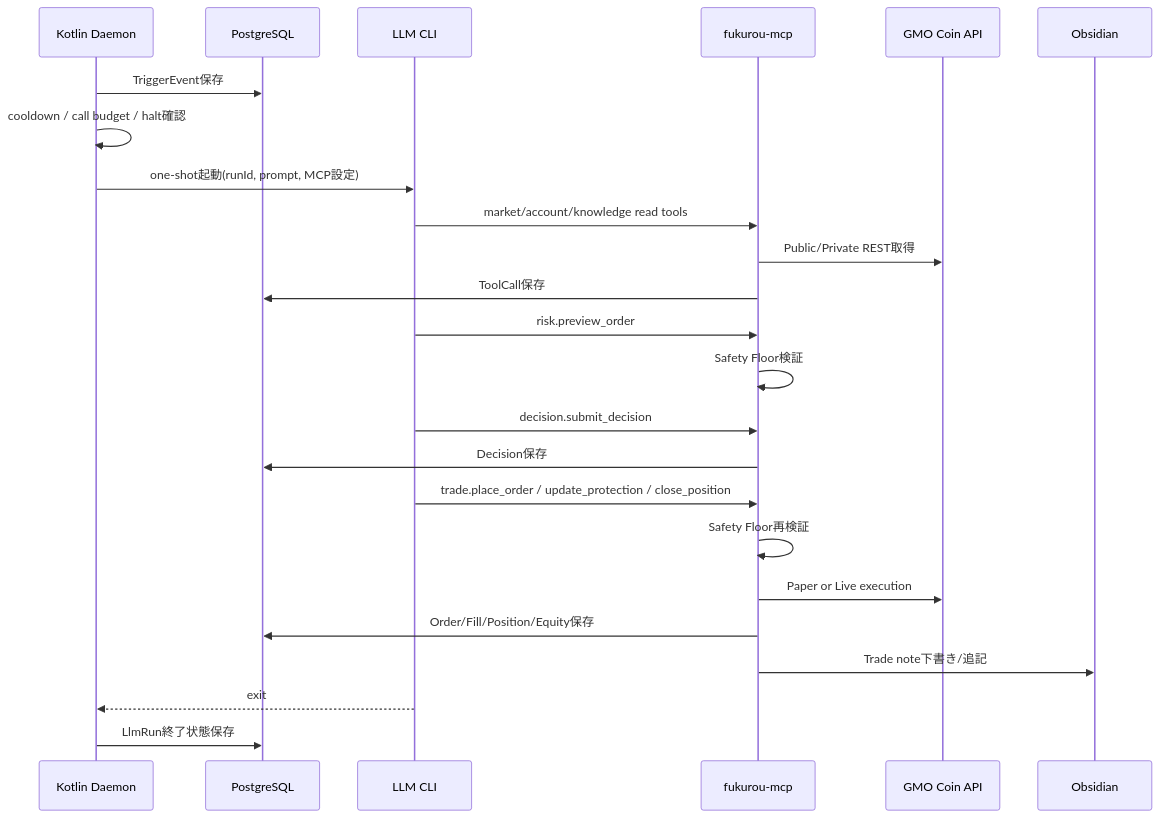
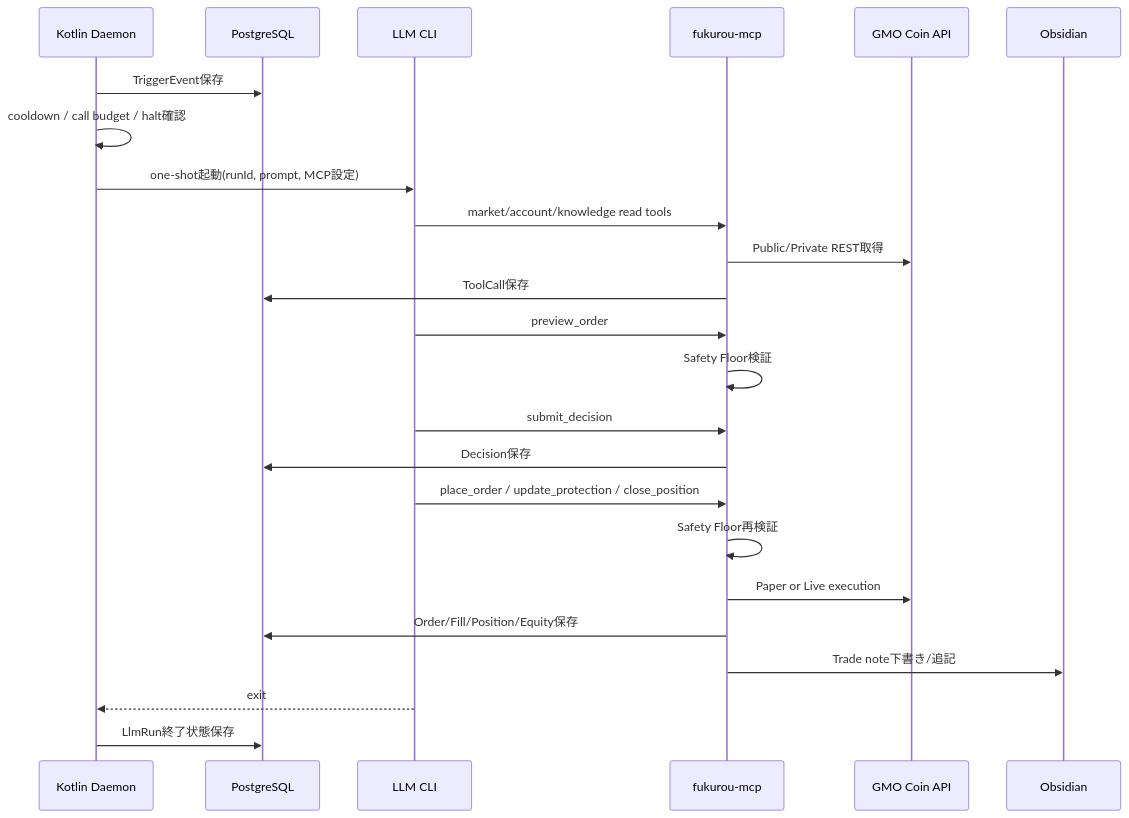
The second of 2 diagrams in docs/design.md (matsumo0922/fukurou), drawn with Mermaid before and after one commit. The commit also changed other lines of this file and 1 other file, not shown here.

````diff
--- a/docs/design.md
+++ b/docs/design.md
@@ -157,27 +157,27 @@
 ```mermaid
 sequenceDiagram
     participant D as Kotlin Daemon
     participant DB as PostgreSQL
     participant CLI as LLM CLI
     participant MCP as fukurou-mcp
     participant GMO as GMO Coin API
     participant OBS as Obsidian
 
     D->>DB: TriggerEvent保存
     D->>D: cooldown / call budget / halt確認
     D->>CLI: one-shot起動(runId, prompt, MCP設定)
     CLI->>MCP: market/account/knowledge read tools
     MCP->>GMO: Public/Private REST取得
     MCP->>DB: ToolCall保存
-    CLI->>MCP: risk.preview_order
+    CLI->>MCP: preview_order
     MCP->>MCP: Safety Floor検証
-    CLI->>MCP: decision.submit_decision
+    CLI->>MCP: submit_decision
     MCP->>DB: Decision保存
-    CLI->>MCP: trade.place_order / update_protection / close_position
+    CLI->>MCP: place_order / update_protection / close_position
     MCP->>MCP: Safety Floor再検証
     MCP->>GMO: Paper or Live execution
     MCP->>DB: Order/Fill/Position/Equity保存
     MCP->>OBS: Trade note下書き/追記
     CLI-->>D: exit
     D->>DB: LlmRun終了状態保存
 ```
````
